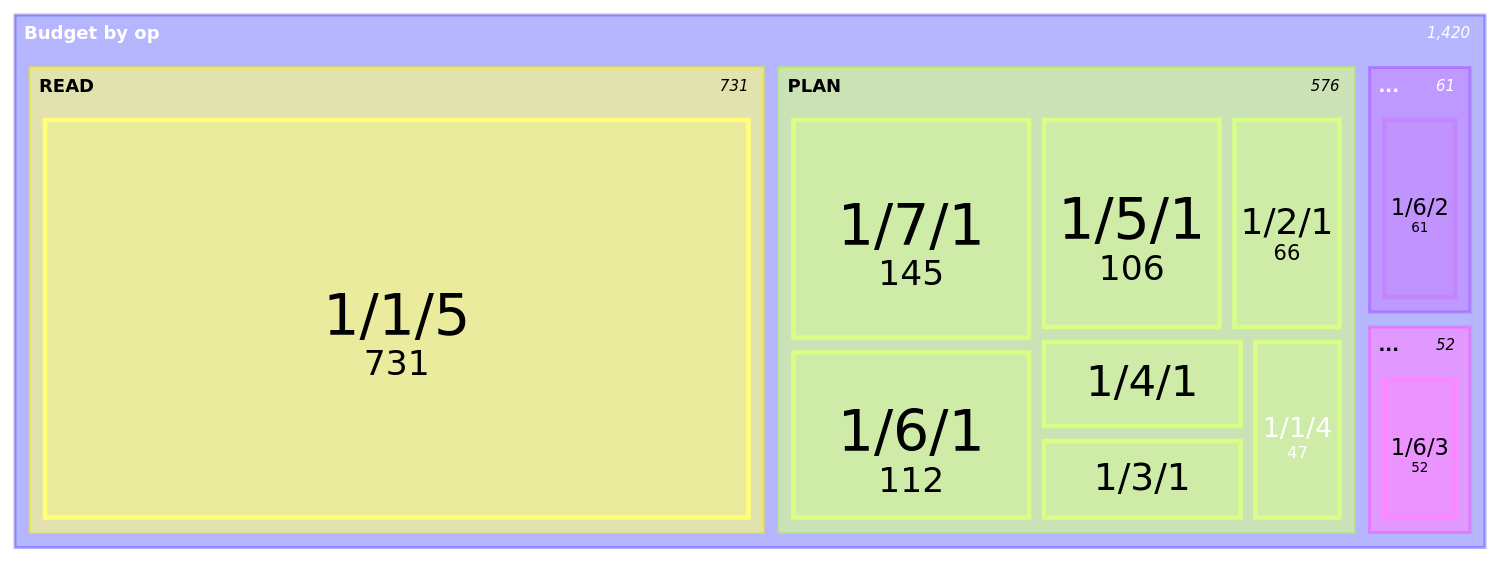
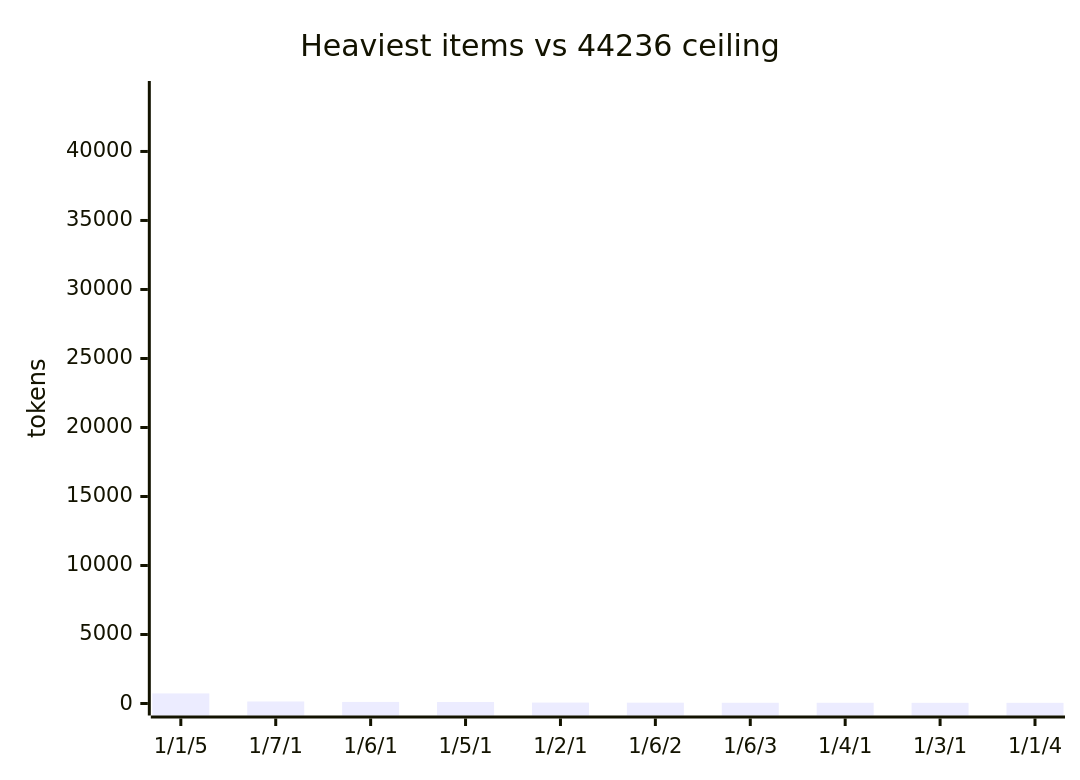
One commit to plurnk/plurnk-service changed the second of 3 diagrams in plurnk-plurnkdown/demo/budget-mermaid.md. Above: the diagram before and after it, drawn with Mermaid. The commit also changed other lines of this file, not shown here.

Commit message:
docs(plurnkdown): budget-scaled turn/item sketches + pie gauge (#0)

````diff
--- a/plurnk-plurnkdown/demo/budget-mermaid.md
+++ b/plurnk-plurnkdown/demo/budget-mermaid.md
@@ -27,18 +30,7 @@
 ```mermaid
-treemap-beta
-"Budget by op"
-    "READ"
-        "1/1/5": 731
-    "PLAN"
-        "1/7/1": 145
-        "1/6/1": 112
-        "1/5/1": 106
-        "1/2/1": 66
-        "1/4/1": 52
-        "1/3/1": 48
-        "1/1/4": 47
-    "EXEC"
-        "1/6/2": 61
-    "SEND"
-        "1/6/3": 52
+xychart-beta
+    title "Heaviest items vs 44236 ceiling"
+    x-axis ["1/1/5", "1/7/1", "1/6/1", "1/5/1", "1/2/1", "1/6/2", "1/6/3", "1/4/1", "1/3/1", "1/1/4"]
+    y-axis "tokens" 0 --> 44236
+    bar [731, 145, 112, 106, 66, 61, 52, 52, 48, 47]
 ```
````
